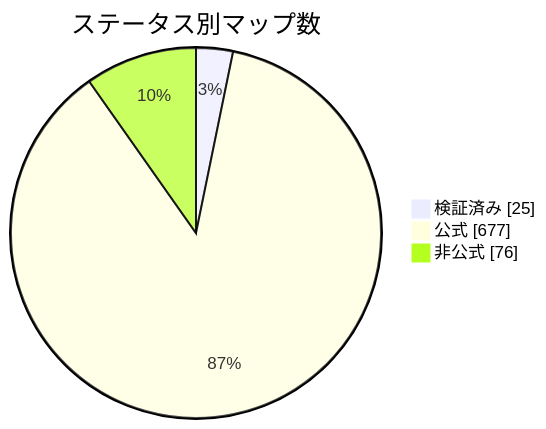
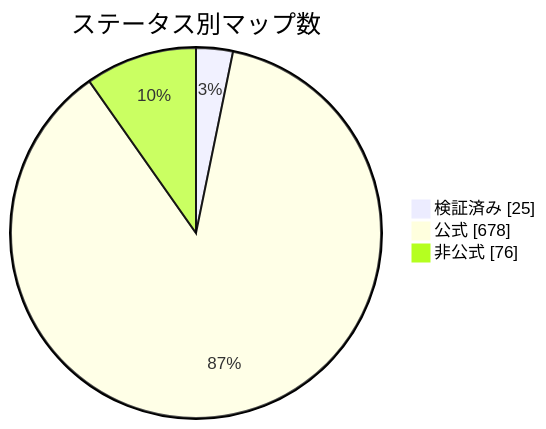
One commit to nobrega8/mbmap-library changed the diagram in docs/readme/README_JP.md. Above: the diagram before and after it, drawn with Mermaid. The commit also changed 6 other files, not shown here.

````diff
--- a/docs/readme/README_JP.md
+++ b/docs/readme/README_JP.md
@@ -54,7 +54,7 @@
 ```mermaid
 pie showData
     title ステータス別マップ数
     "検証済み" : 25
-    "公式" : 677
+    "公式" : 678
     "非公式" : 76
 ```
````
